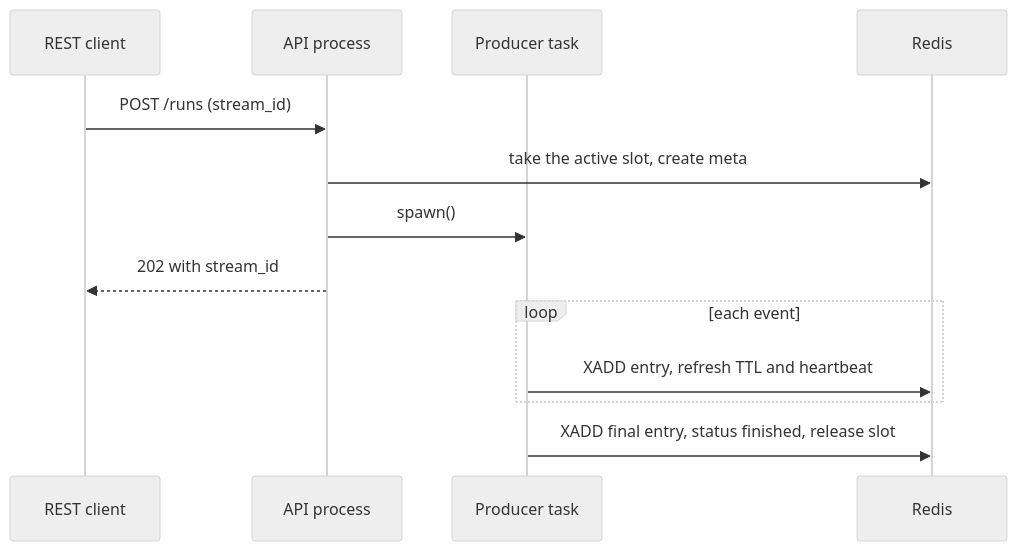
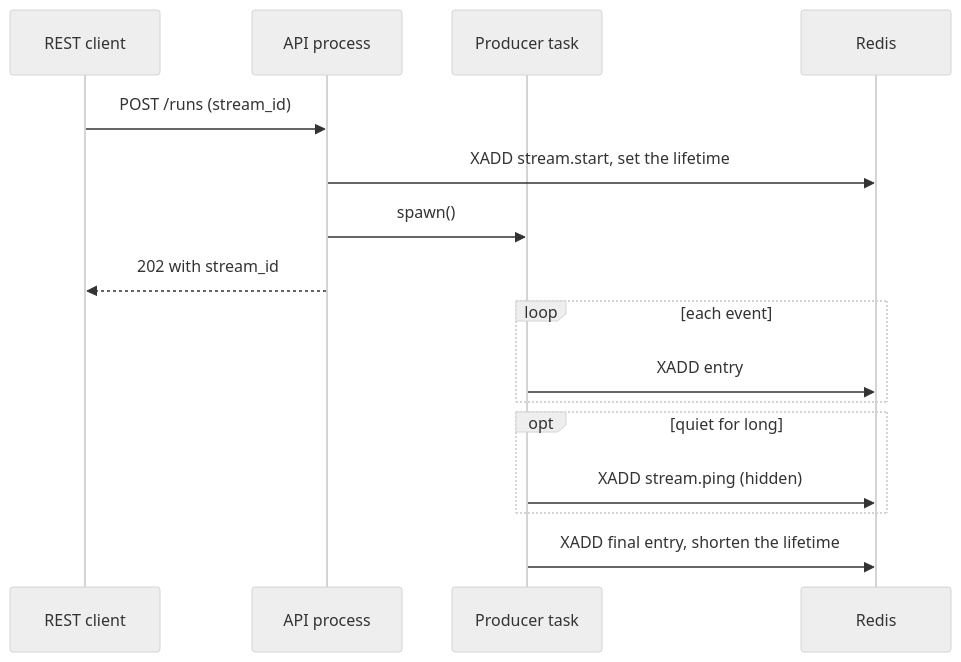
One commit to redis/fastapi-redis-sdk changed the third of 4 diagrams in docs/guide/architecture.md. Above: the diagram before and after it, drawn with Mermaid (neutral theme). The commit also changed other lines of this file and 24 other files, not shown here.

````diff
--- a/docs/guide/architecture.md
+++ b/docs/guide/architecture.md
@@ -650,17 +652,20 @@
 ```mermaid
 sequenceDiagram
     participant B as REST client
     participant A as API process
     participant P as Producer task
     participant R as Redis
 
     B->>A: POST /runs (stream_id)
-    A->>R: take the active slot, create meta
+    A->>R: XADD stream.start, set the lifetime
     A->>P: spawn()
     A-->>B: 202 with stream_id
 
     loop each event
-        P->>R: XADD entry, refresh TTL and heartbeat
+        P->>R: XADD entry
     end
-    P->>R: XADD final entry, status finished, release slot
+    opt quiet for long
+        P->>R: XADD stream.ping (hidden)
+    end
+    P->>R: XADD final entry, shorten the lifetime
 ```
````
